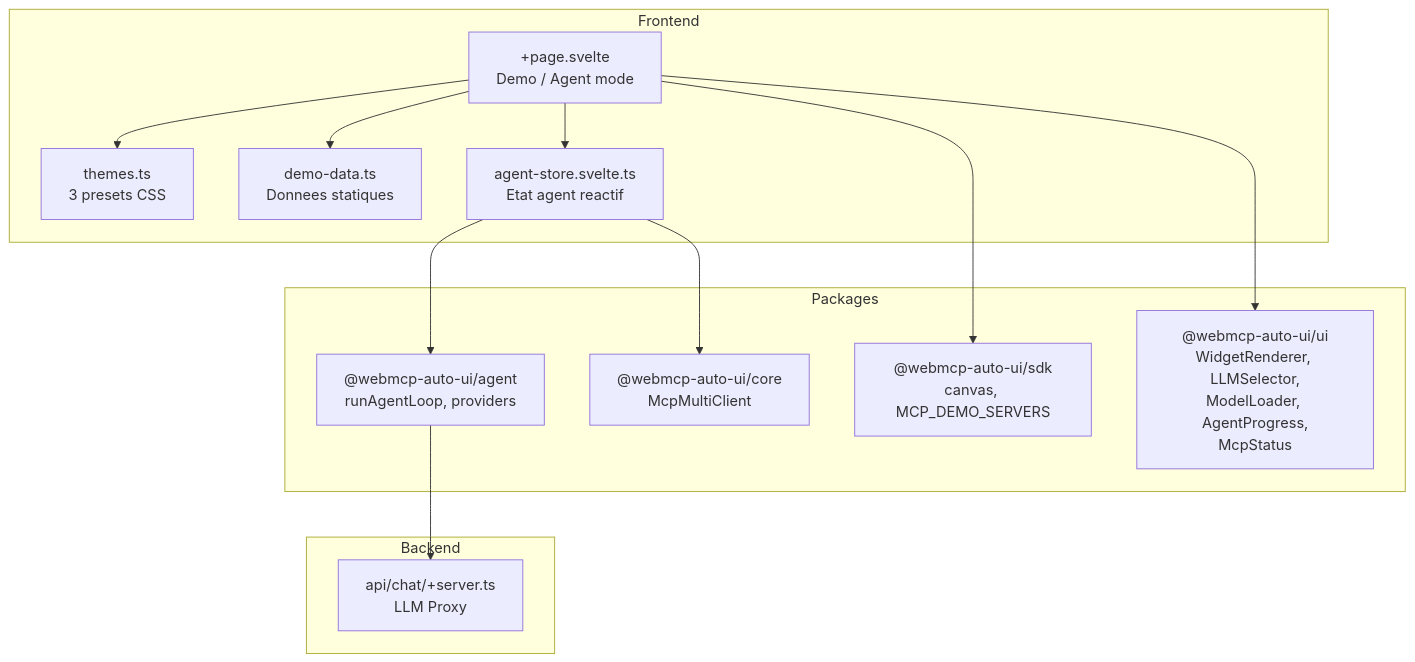
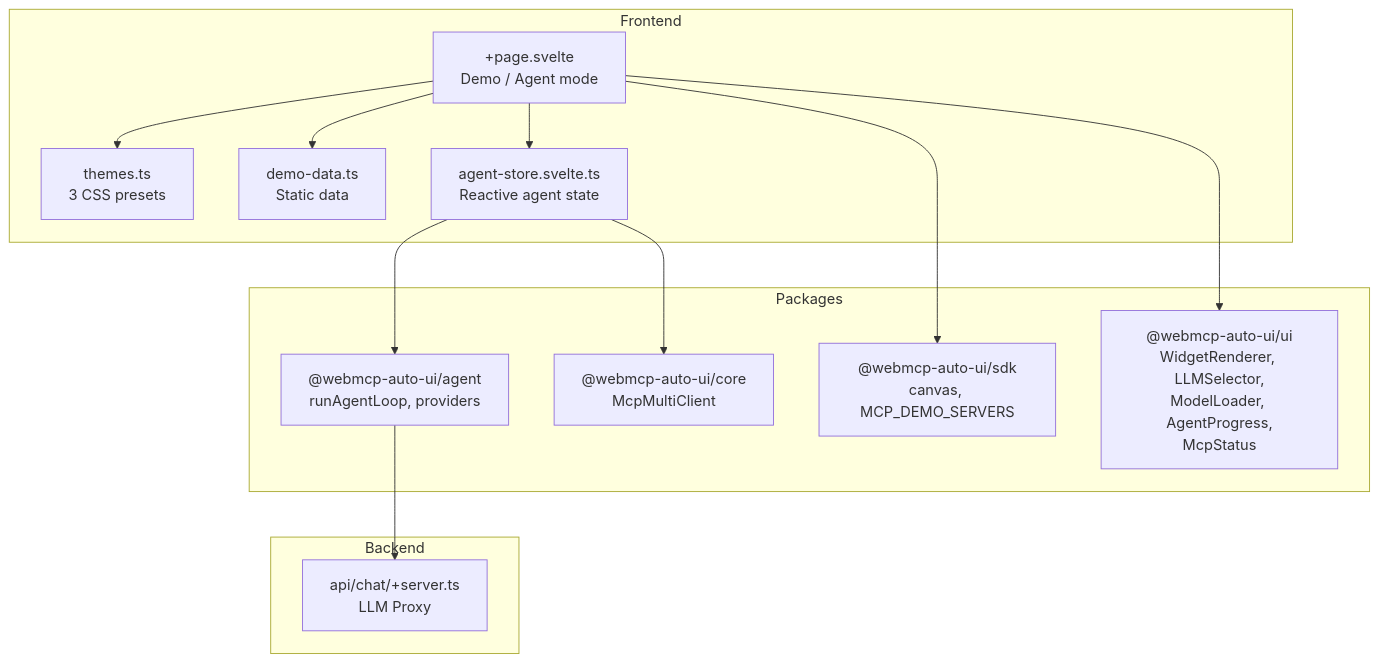
One commit to jeanbaptiste/webmcp-auto-ui changed the diagram in docs/starlight/src/content/docs/apps/showcase.md. Above: the diagram before and after it, drawn with Mermaid. The commit also changed other lines of this file and 94 other files, not shown here.

````diff
--- a/docs/starlight/src/content/docs/apps/showcase.md
+++ b/docs/starlight/src/content/docs/apps/showcase.md
@@ -33,29 +33,29 @@
 ```mermaid
 graph TD
     subgraph Frontend
         Page["+page.svelte<br/>Demo / Agent mode"]
-        Themes["themes.ts<br/>3 presets CSS"]
-        DemoData["demo-data.ts<br/>Donnees statiques"]
-        AgentStore["agent-store.svelte.ts<br/>Etat agent reactif"]
+        Themes["themes.ts<br/>3 CSS presets"]
+        DemoData["demo-data.ts<br/>Static data"]
+        AgentStore["agent-store.svelte.ts<br/>Reactive agent state"]
     end
 
     subgraph Packages
         Agent["@webmcp-auto-ui/agent<br/>runAgentLoop, providers"]
         Core["@webmcp-auto-ui/core<br/>McpMultiClient"]
         SDK["@webmcp-auto-ui/sdk<br/>canvas, MCP_DEMO_SERVERS"]
         UI["@webmcp-auto-ui/ui<br/>WidgetRenderer, LLMSelector,<br/>ModelLoader, AgentProgress,<br/>McpStatus"]
     end
 
     subgraph Backend
         Proxy["api/chat/+server.ts<br/>LLM Proxy"]
     end
 
     Page --> Themes
     Page --> DemoData
     Page --> AgentStore
     AgentStore --> Agent
     AgentStore --> Core
     Page --> SDK
     Page --> UI
     Agent --> Proxy
 ```
````
